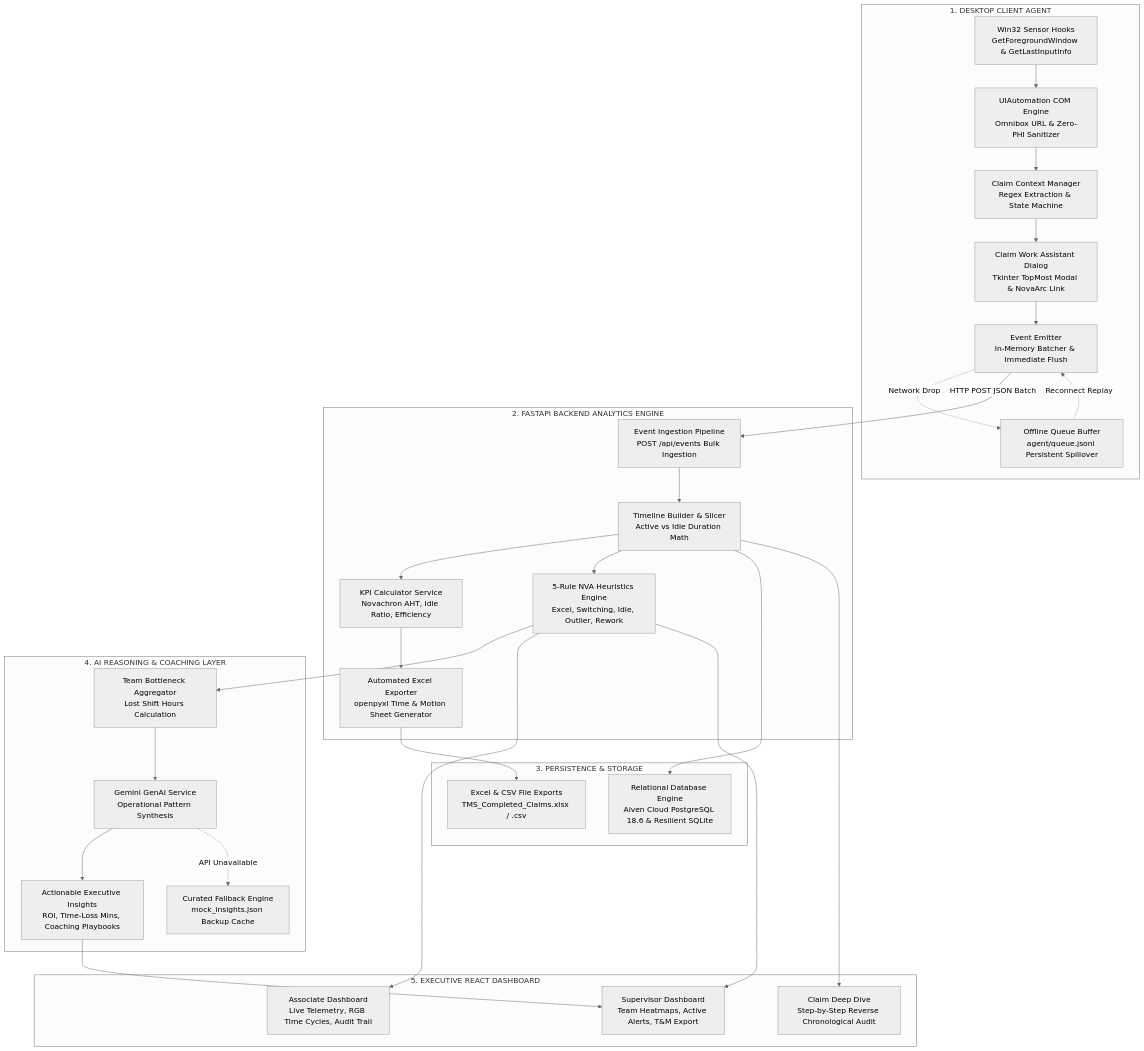
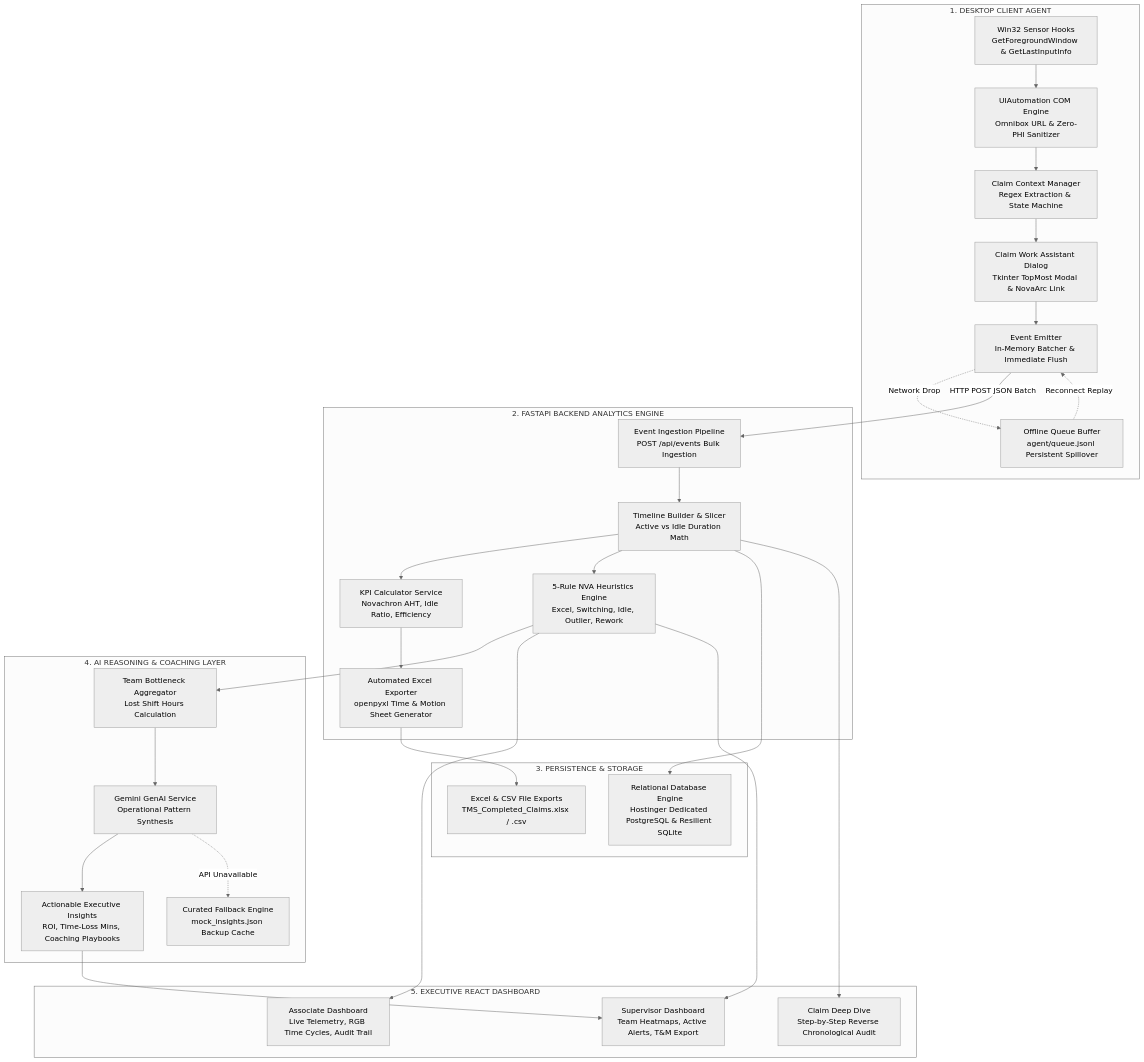
The first of 2 diagrams in README.md (Gokul2004-ne/TMS), drawn with Mermaid (neutral theme) before and after one commit. The commit also changed other lines of this file and 25 other files, not shown here.

Commit message:
feat(migration): complete migration to Hostinger VPS and purge all Zoho Catalyst and Aiven references

````diff
--- a/README.md
+++ b/README.md
@@ -39,62 +39,62 @@
 ```mermaid
 flowchart TD
     subgraph ClientLayer ["1. DESKTOP CLIENT AGENT"]
         W32["Win32 Sensor Hooks<br>GetForegroundWindow & GetLastInputInfo"]
         UIA["UIAutomation COM Engine<br>Omnibox URL & Zero-PHI Sanitizer"]
         CCM["Claim Context Manager<br>Regex Extraction & State Machine"]
         DLG["Claim Work Assistant Dialog<br>Tkinter TopMost Modal & NovaArc Link"]
         EMIT["Event Emitter<br>In-Memory Batcher & Immediate Flush"]
         DISK["Offline Queue Buffer<br>agent/queue.jsonl Persistent Spillover"]
 
         W32 --> UIA
         UIA --> CCM
         CCM --> DLG
         DLG --> EMIT
         EMIT -.->|Network Drop| DISK
         DISK -.->|Reconnect Replay| EMIT
     end
 
     subgraph BackendLayer ["2. FASTAPI BACKEND ANALYTICS ENGINE"]
         INGEST["Event Ingestion Pipeline<br>POST /api/events Bulk Ingestion"]
         TLB["Timeline Builder & Slicer<br>Active vs Idle Duration Math"]
         KPI["KPI Calculator Service<br>Novachron AHT, Idle Ratio, Efficiency"]
         NVA["5-Rule NVA Heuristics Engine<br>Excel, Switching, Idle, Outlier, Rework"]
         XLS["Automated Excel Exporter<br>openpyxl Time & Motion Sheet Generator"]
 
         INGEST --> TLB
         TLB --> KPI
         TLB --> NVA
         KPI --> XLS
     end
 
     subgraph StorageLayer ["3. PERSISTENCE & STORAGE"]
-        DB["Relational Database Engine<br>Aiven Cloud PostgreSQL 18.6 & Resilient SQLite"]
+        DB["Relational Database Engine<br>Hostinger Dedicated PostgreSQL & Resilient SQLite"]
         XLS_FILE["Excel & CSV File Exports<br>TMS_Completed_Claims.xlsx / .csv"]
     end
 
     subgraph AILayer ["4. AI REASONING & COACHING LAYER"]
         AGG["Team Bottleneck Aggregator<br>Lost Shift Hours Calculation"]
         GEMINI["Gemini GenAI Service<br>Operational Pattern Synthesis"]
         INSIGHTS["Actionable Executive Insights<br>ROI, Time-Loss Mins, Coaching Playbooks"]
         FALLBACK["Curated Fallback Engine<br>mock_insights.json Backup Cache"]
 
         AGG --> GEMINI
         GEMINI --> INSIGHTS
         GEMINI -.->|API Unavailable| FALLBACK
     end
 
     subgraph DashboardLayer ["5. EXECUTIVE REACT DASHBOARD"]
         ASSOC_DASH["Associate Dashboard<br>Live Telemetry, RGB Time Cycles, Audit Trail"]
         SUP_DASH["Supervisor Dashboard<br>Team Heatmaps, Active Alerts, T&M Export"]
         DEEP_DIVE["Claim Deep Dive<br>Step-by-Step Reverse Chronological Audit"]
     end
 
     EMIT -->|HTTP POST JSON Batch| INGEST
     TLB --> DB
     XLS --> XLS_FILE
     NVA --> AGG
     NVA --> ASSOC_DASH
     NVA --> SUP_DASH
     INSIGHTS --> SUP_DASH
     TLB --> DEEP_DIVE
 ```
````
